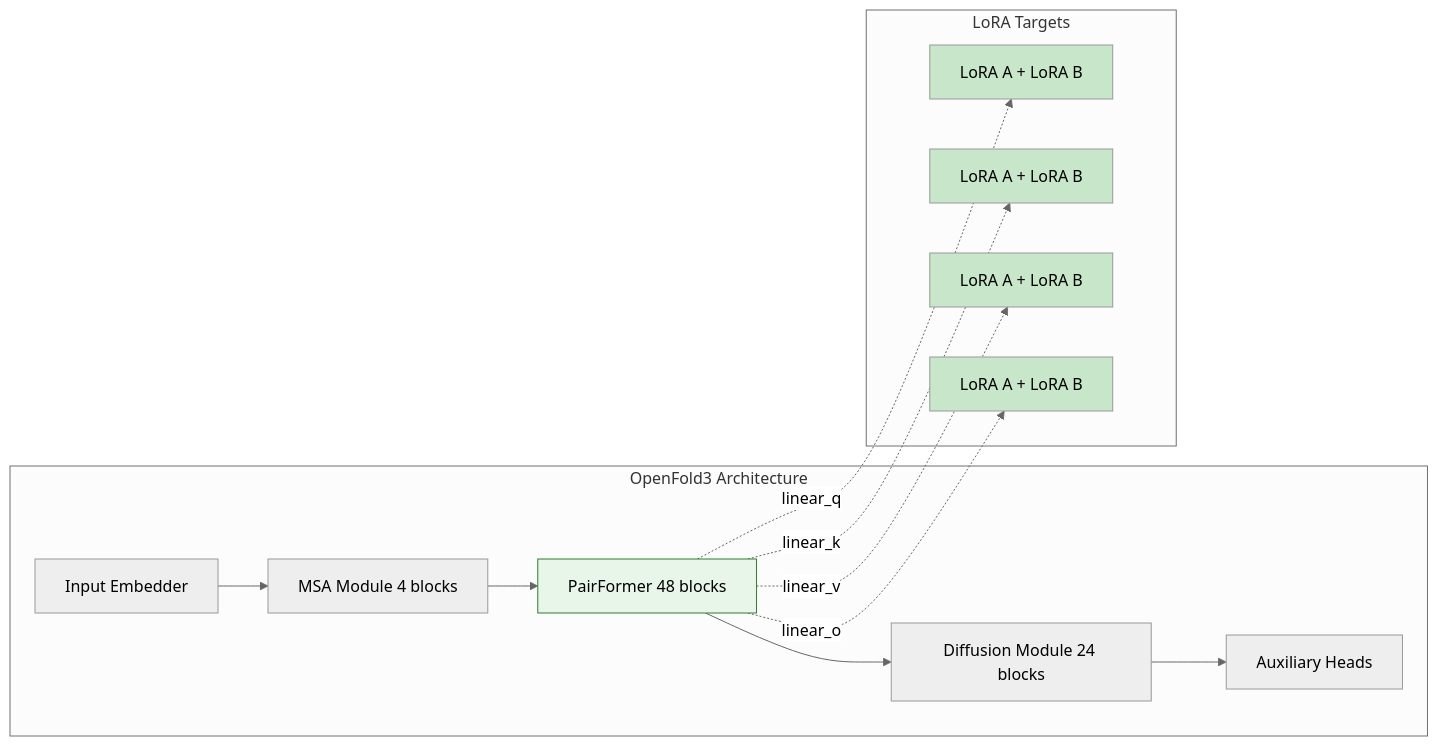
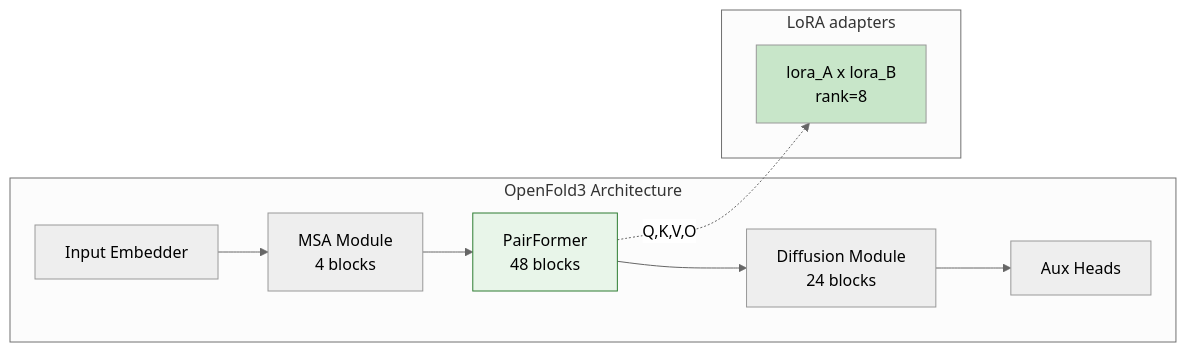
Before and after one commit to rubencr14/foldfit: the second of 2 diagrams in README.md, drawn with Mermaid (neutral theme). The commit also changed other lines of this file, not shown here.

First line of the commit message:
Rewrite README with config.yaml workflow and 3 MSA methods

````diff
--- a/README.md
+++ b/README.md
@@ -201,22 +227,16 @@
 ```mermaid
 graph LR
     subgraph "OpenFold3 Architecture"
-        A[Input Embedder] --> B[MSA Module 4 blocks]
-        B --> C[PairFormer 48 blocks]
-        C --> D[Diffusion Module 24 blocks]
-        D --> E[Auxiliary Heads]
+        A[Input Embedder] --> B[MSA Module<br/>4 blocks]
+        B --> C[PairFormer<br/>48 blocks]
+        C --> D[Diffusion Module<br/>24 blocks]
+        D --> E[Aux Heads]
     end
-    
-    subgraph "LoRA Targets"
-        C -.->|linear_q| F[LoRA A + LoRA B]
-        C -.->|linear_k| G[LoRA A + LoRA B]
-        C -.->|linear_v| H[LoRA A + LoRA B]
-        C -.->|linear_o| I[LoRA A + LoRA B]
+
+    subgraph "LoRA adapters"
+        C -.->|Q,K,V,O| F["lora_A x lora_B<br/>rank=8"]
     end
 
     style C fill:#e8f5e9,stroke:#2e7d32
     style F fill:#c8e6c9
-    style G fill:#c8e6c9
-    style H fill:#c8e6c9
-    style I fill:#c8e6c9
 ```
````
